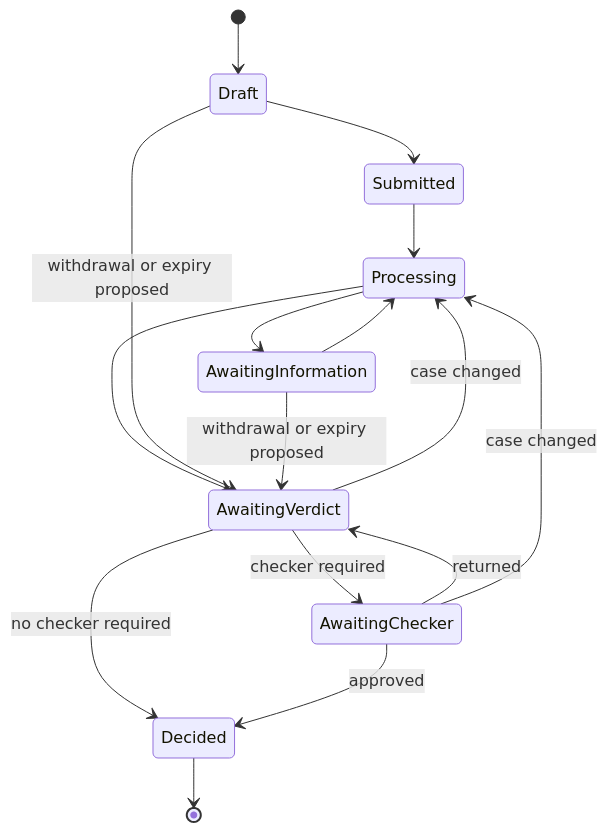
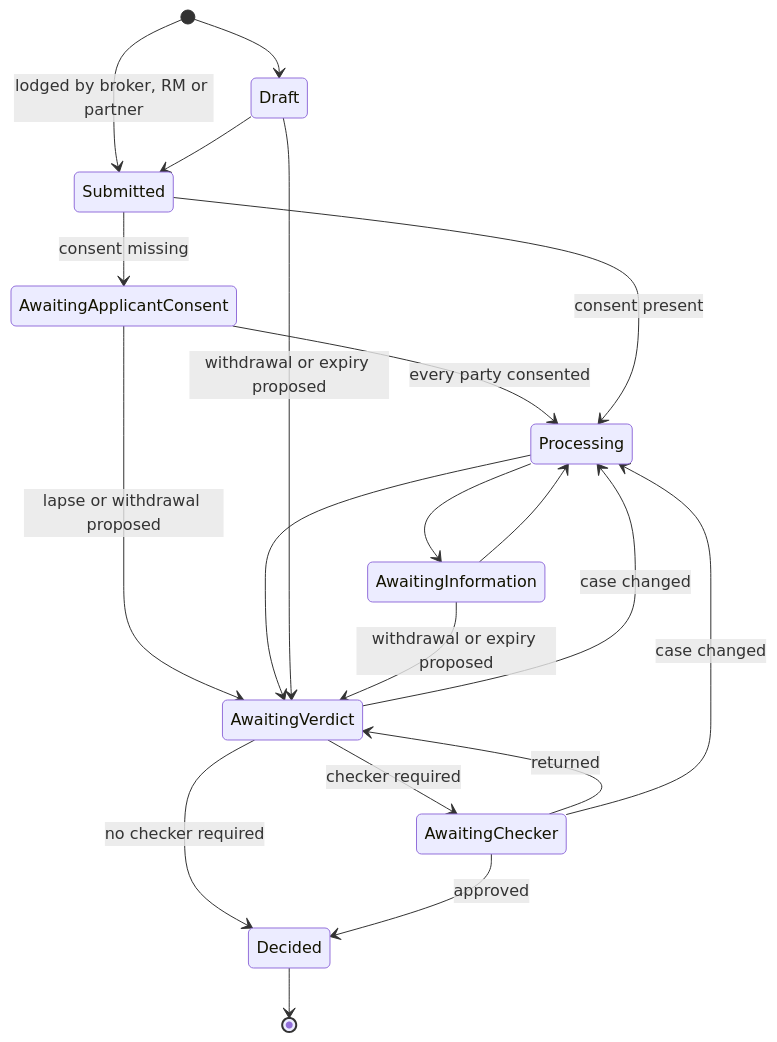
One commit to pradeepmittal04/creditmAIte changed the sixth of 10 diagrams in DOMAIN_MODEL.md. Above: the diagram before and after it, drawn with Mermaid. The commit also changed other lines of this file and 19 other files, not shown here.

````diff
--- a/DOMAIN_MODEL.md
+++ b/DOMAIN_MODEL.md
@@ -272,18 +335,22 @@
 ```mermaid
 stateDiagram-v2
   [*] --> Draft
+  [*] --> Submitted : lodged by broker, RM or partner
   Draft --> Submitted
-  Submitted --> Processing
+  Submitted --> AwaitingApplicantConsent : consent missing
+  AwaitingApplicantConsent --> Processing : every party consented
+  Submitted --> Processing : consent present
+  AwaitingApplicantConsent --> AwaitingVerdict : lapse or withdrawal proposed
   Processing --> AwaitingInformation
   AwaitingInformation --> Processing
   Processing --> AwaitingVerdict
   AwaitingVerdict --> Processing : case changed
   AwaitingVerdict --> AwaitingChecker : checker required
   AwaitingVerdict --> Decided : no checker required
   AwaitingChecker --> AwaitingVerdict : returned
   AwaitingChecker --> Processing : case changed
   AwaitingChecker --> Decided : approved
   Draft --> AwaitingVerdict : withdrawal or expiry proposed
   AwaitingInformation --> AwaitingVerdict : withdrawal or expiry proposed
   Decided --> [*]
 ```
````
